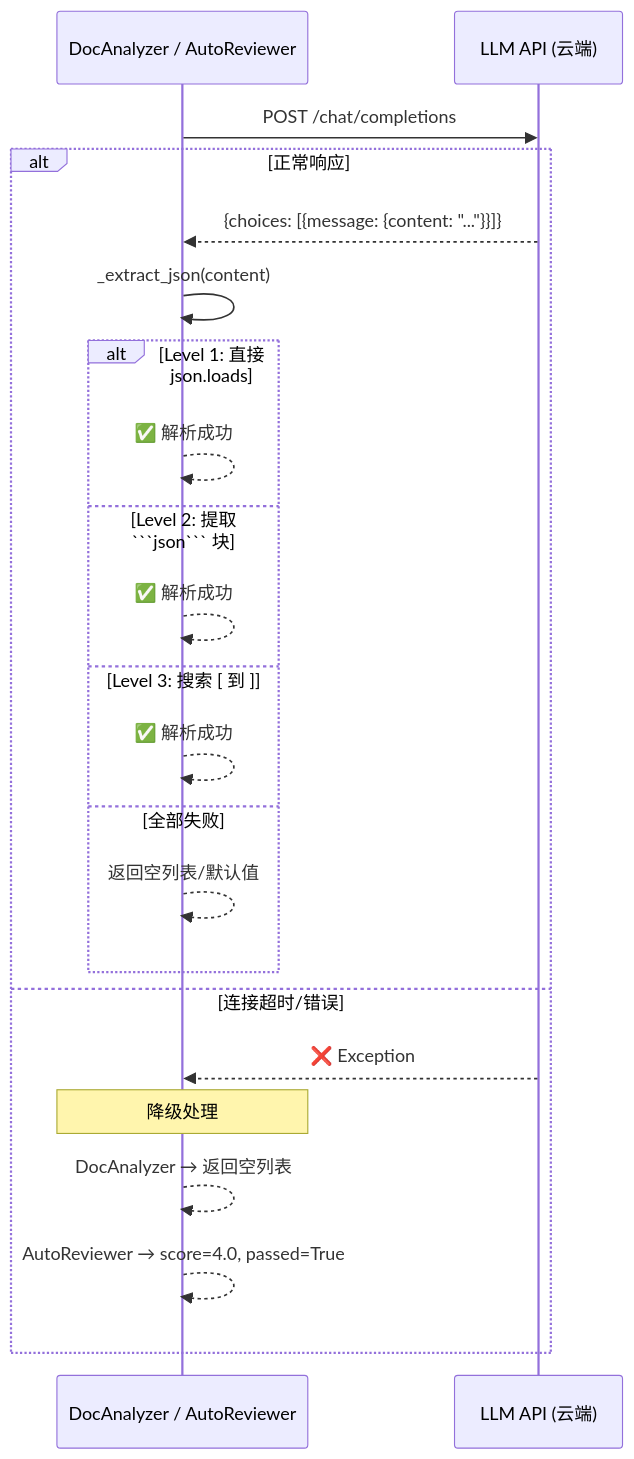
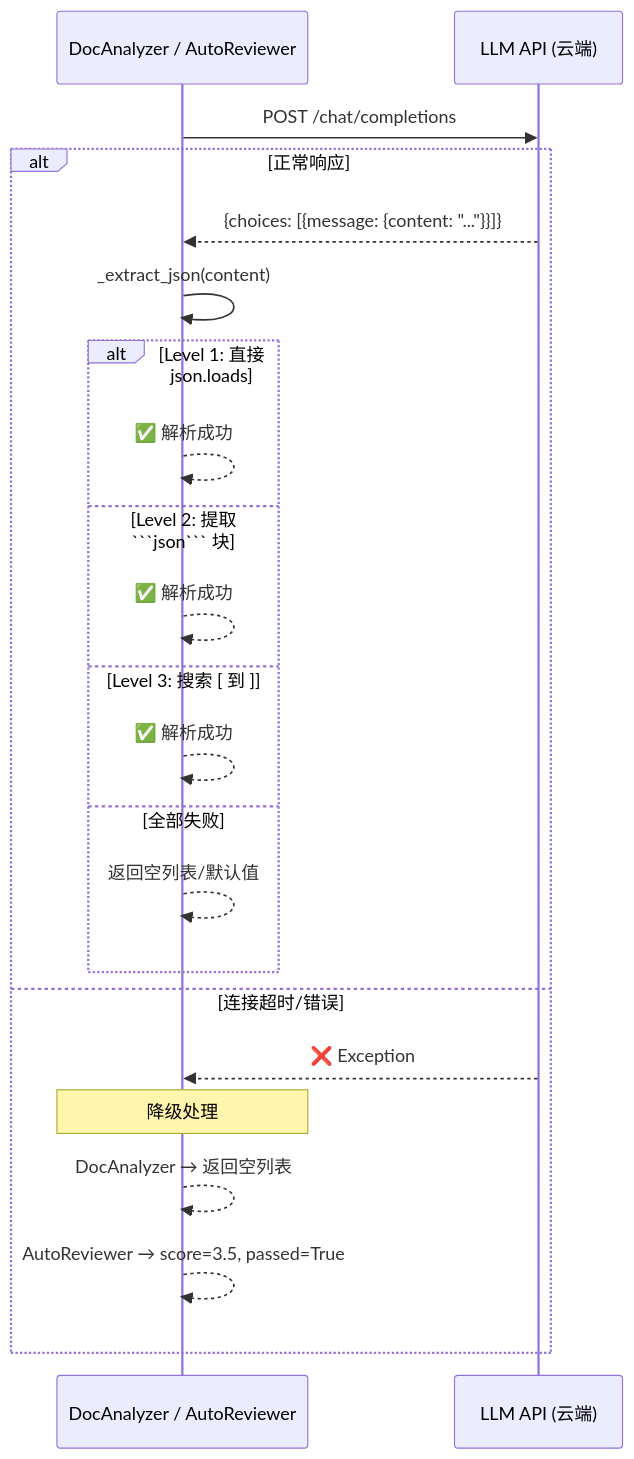
The third of 3 diagrams in docs/05-detail-design/DD-SYS-001-系统详细设计.md (lucas-realman/ai-dev-pipeline), drawn with Mermaid before and after one commit. The commit also changed other lines of this file and 23 other files, not shown here.

````diff
--- a/docs/05-detail-design/DD-SYS-001-系统详细设计.md
+++ b/docs/05-detail-design/DD-SYS-001-系统详细设计.md
@@ -754,27 +753,27 @@
 ```mermaid
 sequenceDiagram
     participant Caller as DocAnalyzer / AutoReviewer
     participant LLM as LLM API (云端)
     
     Caller->>LLM: POST /chat/completions
     
     alt 正常响应
         LLM-->>Caller: {choices: [{message: {content: "..."}}]}
         Caller->>Caller: _extract_json(content)
         
         alt Level 1: 直接 json.loads
             Caller-->>Caller: ✅ 解析成功
         else Level 2: 提取 ```json``` 块
             Caller-->>Caller: ✅ 解析成功
         else Level 3: 搜索 [ 到 ] 
             Caller-->>Caller: ✅ 解析成功
         else 全部失败
             Caller-->>Caller: 返回空列表/默认值
         end
     else 连接超时/错误
         LLM-->>Caller: ❌ Exception
         Note over Caller: 降级处理
         Caller-->>Caller: DocAnalyzer → 返回空列表
-        Caller-->>Caller: AutoReviewer → score=4.0, passed=True
+        Caller-->>Caller: AutoReviewer → score=3.5, passed=True
     end
 ```
````
